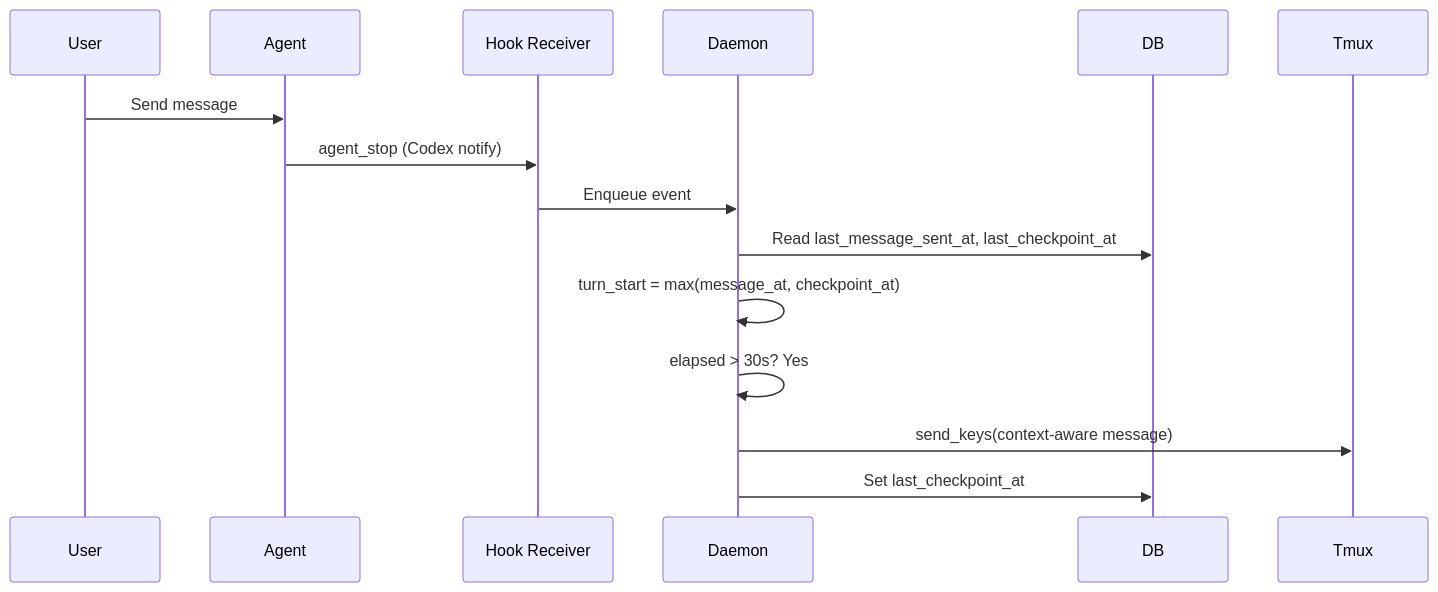
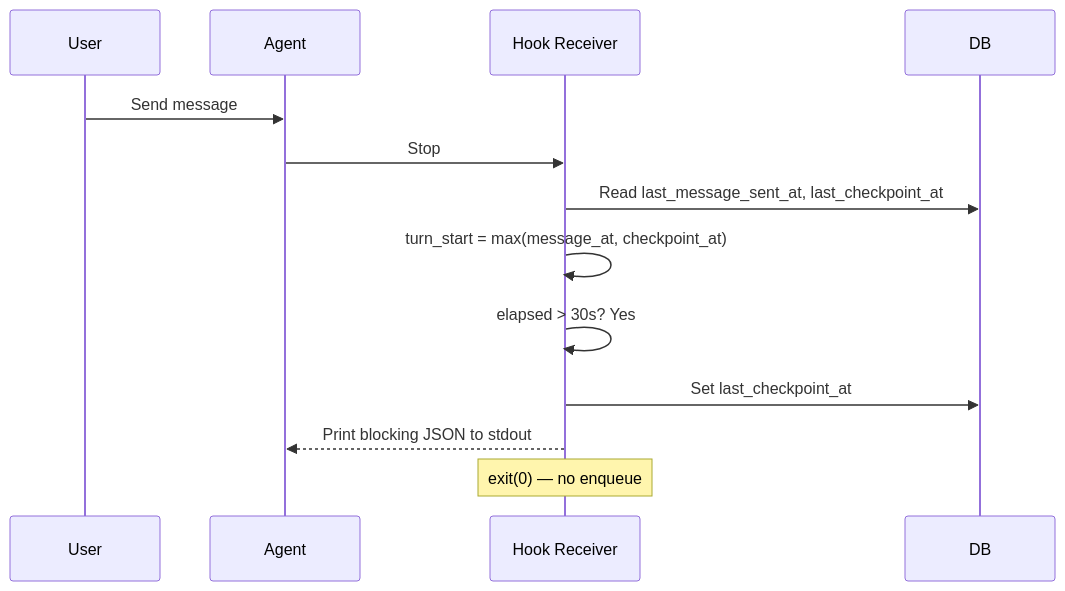
The third of 5 diagrams in docs/project/design/architecture/checkpoint-system.md (InstruktAI/TeleClaude), drawn with Mermaid before and after one commit. The commit also changed other lines of this file and 36 other files, not shown here.

Commit message:
refactor(codex): finish native hook migration

````diff
--- a/docs/project/design/architecture/checkpoint-system.md
+++ b/docs/project/design/architecture/checkpoint-system.md
@@ -147,18 +146,16 @@
 ```mermaid
 sequenceDiagram
     participant User
     participant Agent
     participant Hook as Hook Receiver
-    participant Daemon
     participant DB
-    participant Tmux
 
     User->>Agent: Send message
-    Agent->>Hook: agent_stop (Codex notify)
-    Hook->>Daemon: Enqueue event
-    Daemon->>DB: Read last_message_sent_at, last_checkpoint_at
-    Daemon->>Daemon: turn_start = max(message_at, checkpoint_at)
-    Daemon->>Daemon: elapsed > 30s? Yes
-    Daemon->>Tmux: send_keys(context-aware message)
-    Daemon->>DB: Set last_checkpoint_at
+    Agent->>Hook: Stop
+    Hook->>DB: Read last_message_sent_at, last_checkpoint_at
+    Hook->>Hook: turn_start = max(message_at, checkpoint_at)
+    Hook->>Hook: elapsed > 30s? Yes
+    Hook->>DB: Set last_checkpoint_at
+    Hook-->>Agent: Print blocking JSON to stdout
+    Note over Hook: exit(0) — no enqueue
 ```
````
